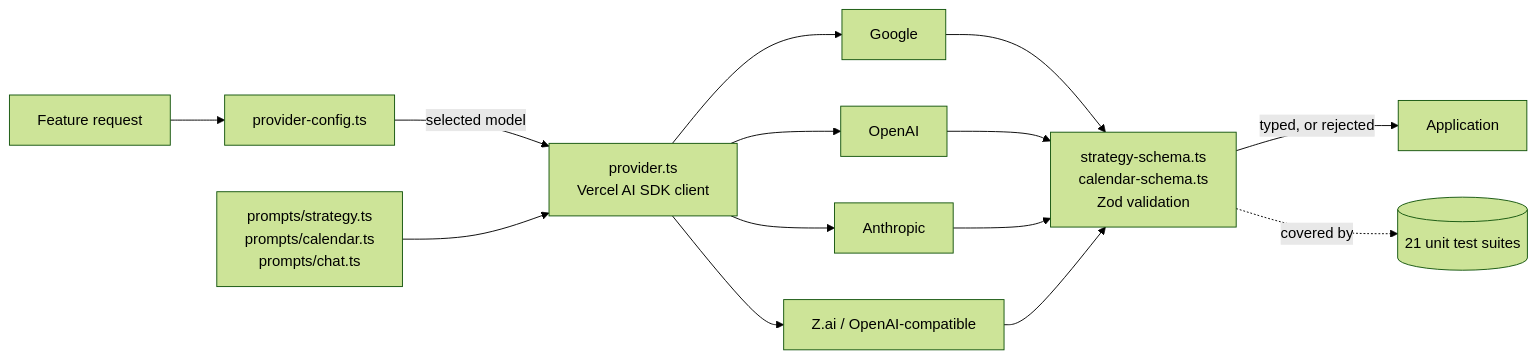
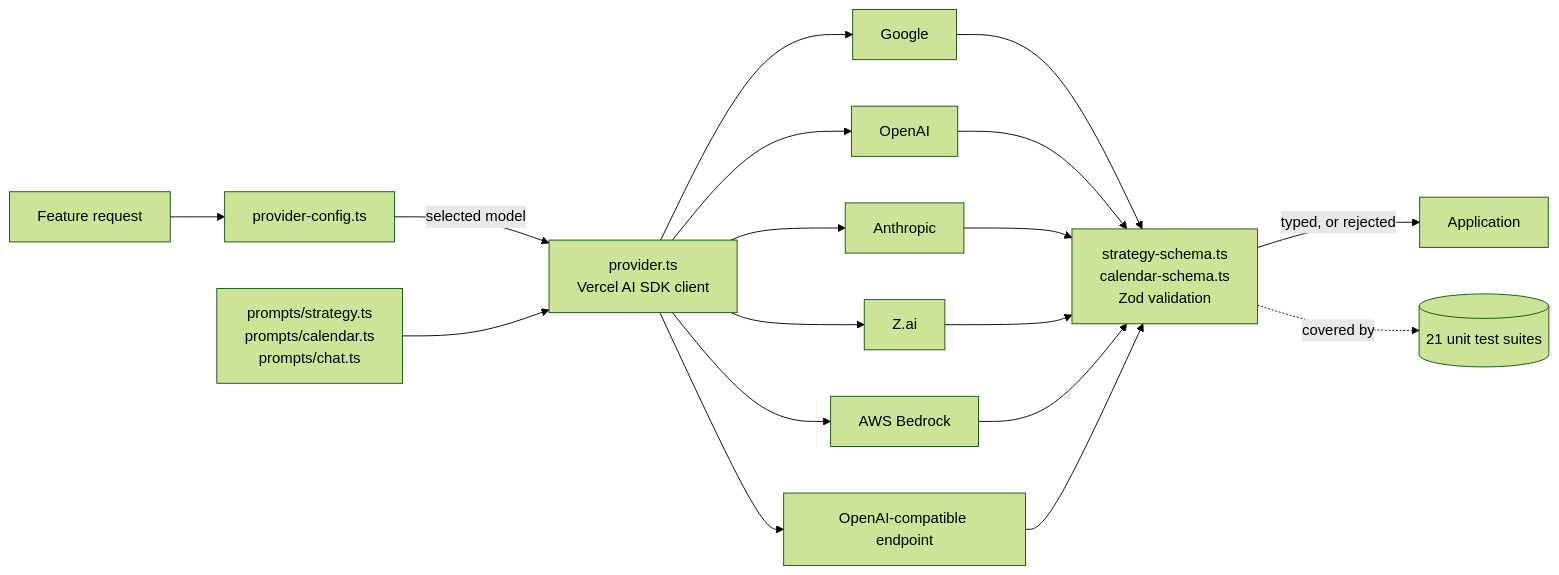
One commit to idowuseyi/idowuseyi.dev changed the diagram in src/diagrams/ko-os.mmd. Above: the diagram before and after it, drawn with Mermaid (forest theme). The commit also changed 18 other files, not shown here.

First line of the commit message:
fix: apply whole-branch review fixes — JS-off visibility, CV prefetch, six-provider diagram, status-page noindex, favicon, contact-form hardening

```diff
--- a/src/diagrams/ko-os.mmd
+++ b/src/diagrams/ko-os.mmd
@@ -1,14 +1,18 @@
 flowchart LR
   REQ[Feature request] --> PC[provider-config.ts]
   PC -->|selected model| CL[provider.ts<br/>Vercel AI SDK client]
   PR[prompts/strategy.ts<br/>prompts/calendar.ts<br/>prompts/chat.ts] --> CL
   CL --> G[Google]
   CL --> O[OpenAI]
   CL --> A[Anthropic]
-  CL --> Z[Z.ai / OpenAI-compatible]
+  CL --> Z[Z.ai]
+  CL --> B[AWS Bedrock]
+  CL --> OC[OpenAI-compatible endpoint]
   G --> SV
   O --> SV
   A --> SV
   Z --> SV
+  B --> SV
+  OC --> SV
   SV[strategy-schema.ts<br/>calendar-schema.ts<br/>Zod validation] -->|typed, or rejected| APP[Application]
   SV -.covered by.-> T[(21 unit test suites)]
```
